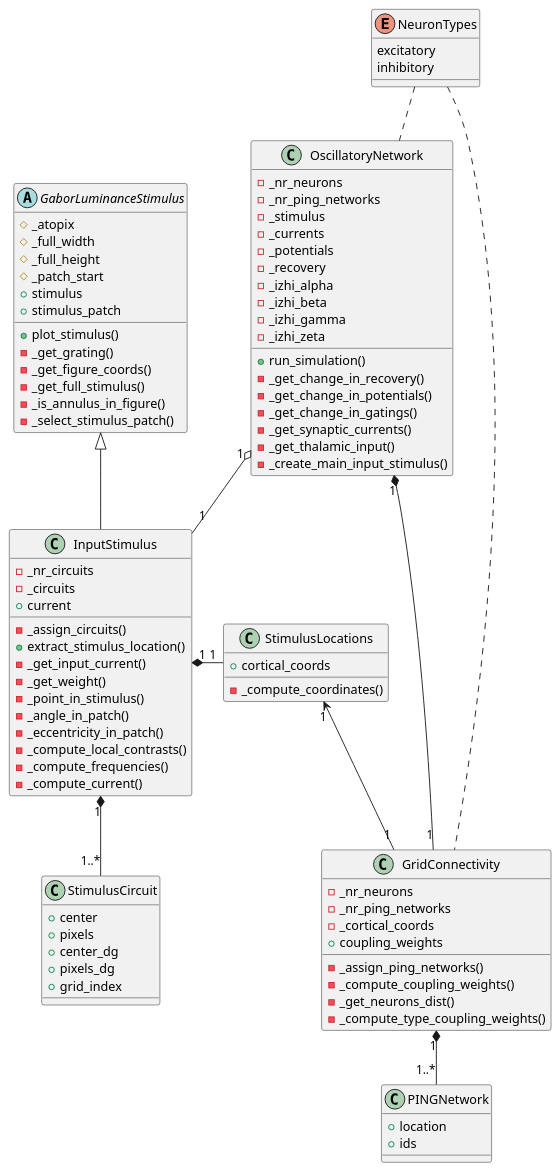
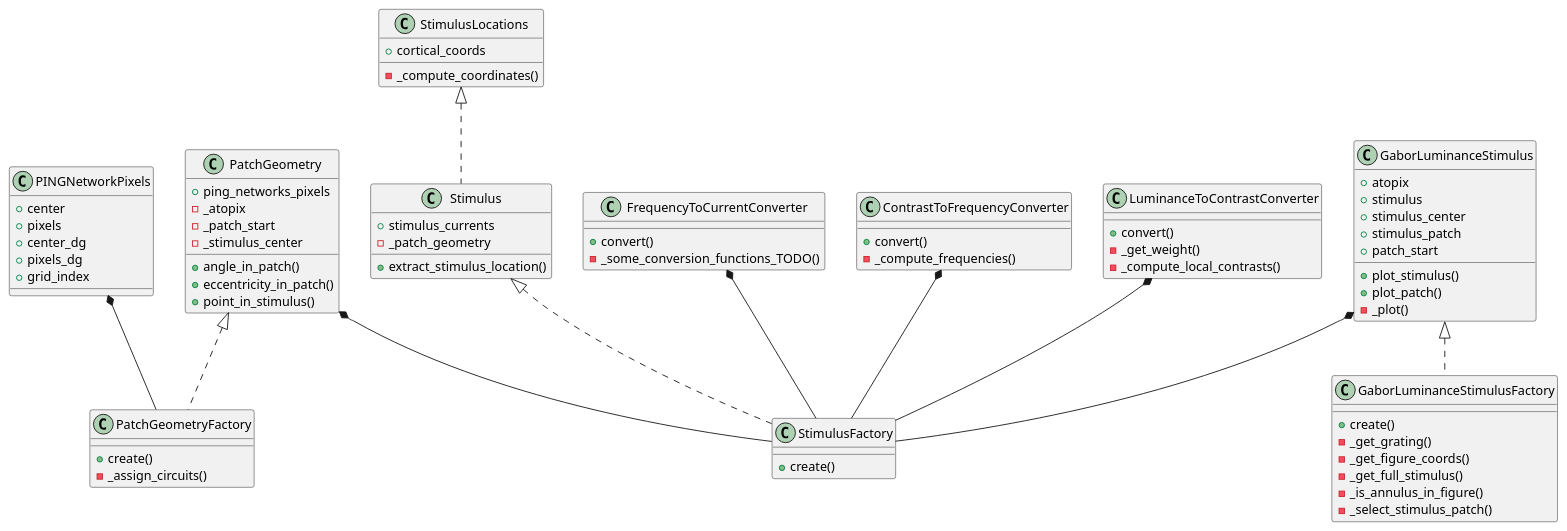
Before and after one commit to thatmariia/grid-ping: the diagram in docs/source/class-diagram.rst, drawn with PlantUML. The commit also changed 101 other files, not shown here.

```diff
--- a/docs/source/class-diagram.rst
+++ b/docs/source/class-diagram.rst
@@ -5,12 +5,7 @@
 
     @startuml
 
-    enum NeuronTypes {
-      excitatory
-      inhibitory
-    }
-
-    class StimulusCircuit {
+    class PINGNetworkPixels {
       +center
       +pixels
       +center_dg
@@ -24,32 +19,63 @@
       -_compute_coordinates()
     }
 
-    class InputStimulus {
-      -_nr_circuits
-      -_circuits
-      +current
+    class Stimulus {
+      +stimulus_currents
+      -_patch_geometry
 
-      -_assign_circuits()
       +extract_stimulus_location()
-      -_get_input_current()
-      -_get_weight()
-      -_point_in_stimulus()
-      -_angle_in_patch()
-      -_eccentricity_in_patch()
-      -_compute_local_contrasts()
-      -_compute_frequencies()
-      -_compute_current()
     }
 
-    abstract class GaborLuminanceStimulus {
-      #_atopix
-      #_full_width
-      #_full_height
-      #_patch_start
+    class StimulusFactory {
+      +create()
+    }
+
+    class FrequencyToCurrentConverter {
+      +convert()
+      -_some_conversion_functions_TODO()
+    }
+
+    class ContrastToFrequencyConverter {
+      +convert()
+      -_compute_frequencies()
+    }
+
+    class LuminanceToContrastConverter {
+      +convert()
+      -_get_weight()
+      -_compute_local_contrasts()
+    }
+
+    class PatchGeometry {
+      +ping_networks_pixels
+      -_atopix
+      -_patch_start
+      -_stimulus_center
+
+      +angle_in_patch()
+      +eccentricity_in_patch()
+      +point_in_stimulus()
+    }
+
+    class PatchGeometryFactory {
+      +create()
+      -_assign_circuits()
+    }
+
+    class GaborLuminanceStimulus {
+      +atopix
       +stimulus
+      +stimulus_center
       +stimulus_patch
+      +patch_start
 
       +plot_stimulus()
+      +plot_patch()
+      -_plot()
+    }
+
+    class GaborLuminanceStimulusFactory {
+      +create()
       -_get_grating()
       -_get_figure_coords()
       -_get_full_stimulus()
@@ -57,57 +83,15 @@
       -_select_stimulus_patch()
     }
 
-    class OscillatoryNetwork {
-      -_nr_neurons
-      -_nr_ping_networks
-      -_stimulus
-      -_currents
-      -_potentials
-      -_recovery
-      -_izhi_alpha
-      -_izhi_beta
-      -_izhi_gamma
-      -_izhi_zeta
-
-      +run_simulation()
-      -_get_change_in_recovery()
-      -_get_change_in_potentials()
-      -_get_change_in_gatings()
-      -_get_synaptic_currents()
-      -_get_thalamic_input()
-      -_create_main_input_stimulus()
-    }
-
-    class PINGNetwork {
-      +location
-      +ids
-    }
-
-    class GridConnectivity {
-      -_nr_neurons
-      -_nr_ping_networks
-      -_cortical_coords
-      +coupling_weights
-
-      -_assign_ping_networks()
-      -_compute_coupling_weights()
-      -_get_neurons_dist()
-      -_compute_type_coupling_weights()
-    }
-
-    OscillatoryNetwork "1" *- "1" GridConnectivity
-    GridConnectivity "1" *-- "1..*" PINGNetwork
-
-    GaborLuminanceStimulus <|-- InputStimulus
-    InputStimulus "1" *-- "1..*" StimulusCircuit
-    InputStimulus "1" *- "1" StimulusLocations
-
-    StimulusLocations "1" <-- "1" GridConnectivity
-
-    OscillatoryNetwork "1" o-- "1" InputStimulus
-
-    NeuronTypes .. OscillatoryNetwork
-    NeuronTypes .. GridConnectivity
-
+    GaborLuminanceStimulus <|.. GaborLuminanceStimulusFactory
+    PatchGeometry <|.. PatchGeometryFactory
+    GaborLuminanceStimulus *-- StimulusFactory
+    PatchGeometry *-- StimulusFactory
+    LuminanceToContrastConverter *-- StimulusFactory
+    ContrastToFrequencyConverter *-- StimulusFactory
+    FrequencyToCurrentConverter *-- StimulusFactory
+    Stimulus <|.. StimulusFactory
+    StimulusLocations <|.. Stimulus
+    PINGNetworkPixels *-- PatchGeometryFactory
 
     @enduml
```
